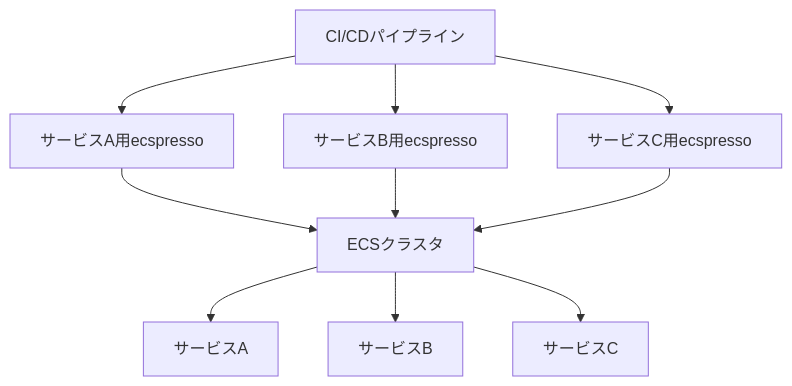
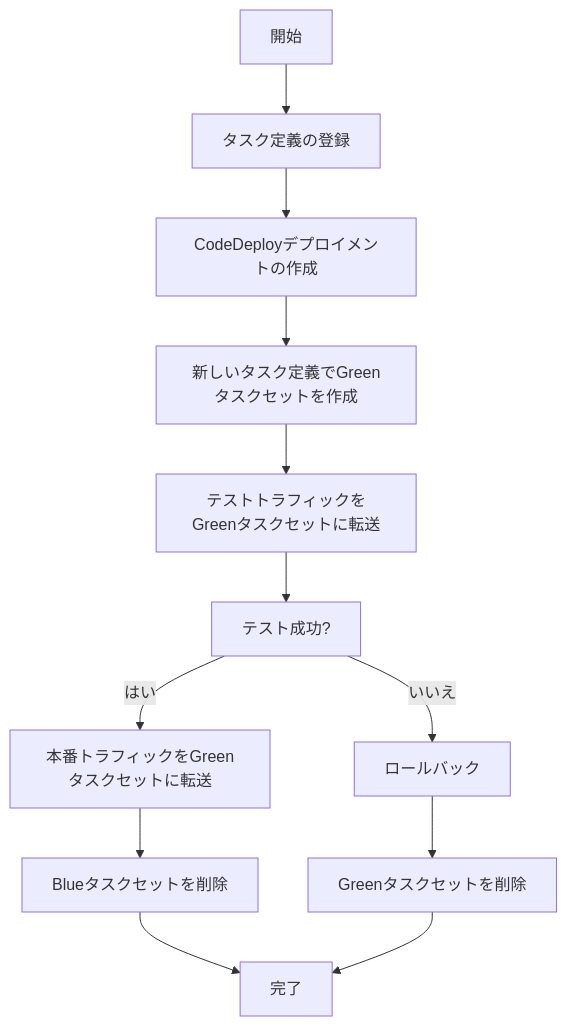
Before and after one commit to bufferings/devin-docs: the diagram in ecspresso/practical/large-scale.md, drawn with Mermaid. The commit also changed other lines of this file and 32 other files, not shown here.

````diff
--- a/ecspresso/practical/large-scale.md
+++ b/ecspresso/practical/large-scale.md
@@ -87,12 +119,14 @@
 ```mermaid
 graph TD
-  A[CI/CDパイプライン] --> B[サービスA用ecspresso]
-  A --> C[サービスB用ecspresso]
-  A --> D[サービスC用ecspresso]
-  B --> E[ECSクラスタ]
-  C --> E
-  D --> E
-  E --> F[サービスA]
-  E --> G[サービスB]
-  E --> H[サービスC]
+    A[開始] --> B[タスク定義の登録]
+    B --> C[CodeDeployデプロイメントの作成]
+    C --> D[新しいタスク定義でGreenタスクセットを作成]
+    D --> E[テストトラフィックをGreenタスクセットに転送]
+    E --> F[テスト成功?]
+    F -->|はい| G[本番トラフィックをGreenタスクセットに転送]
+    F -->|いいえ| H[ロールバック]
+    G --> I[Blueタスクセットを削除]
+    H --> J[Greenタスクセットを削除]
+    I --> K[完了]
+    J --> K
 ```
````
